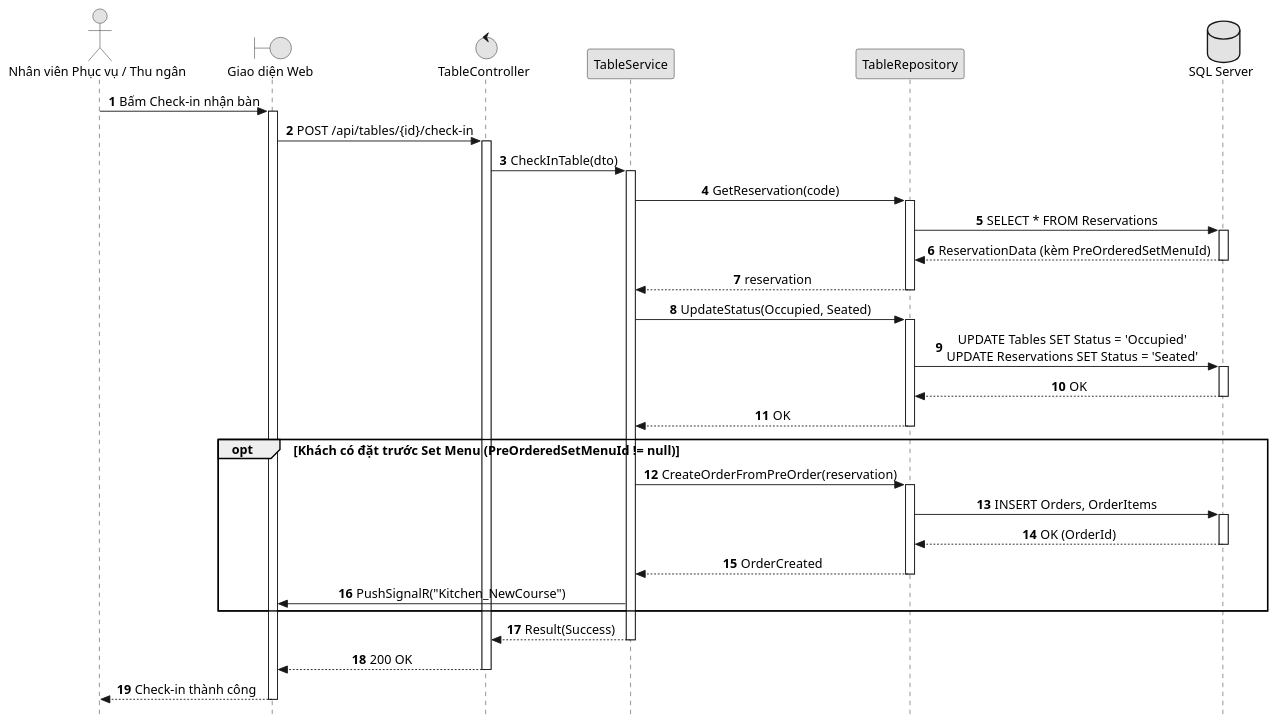
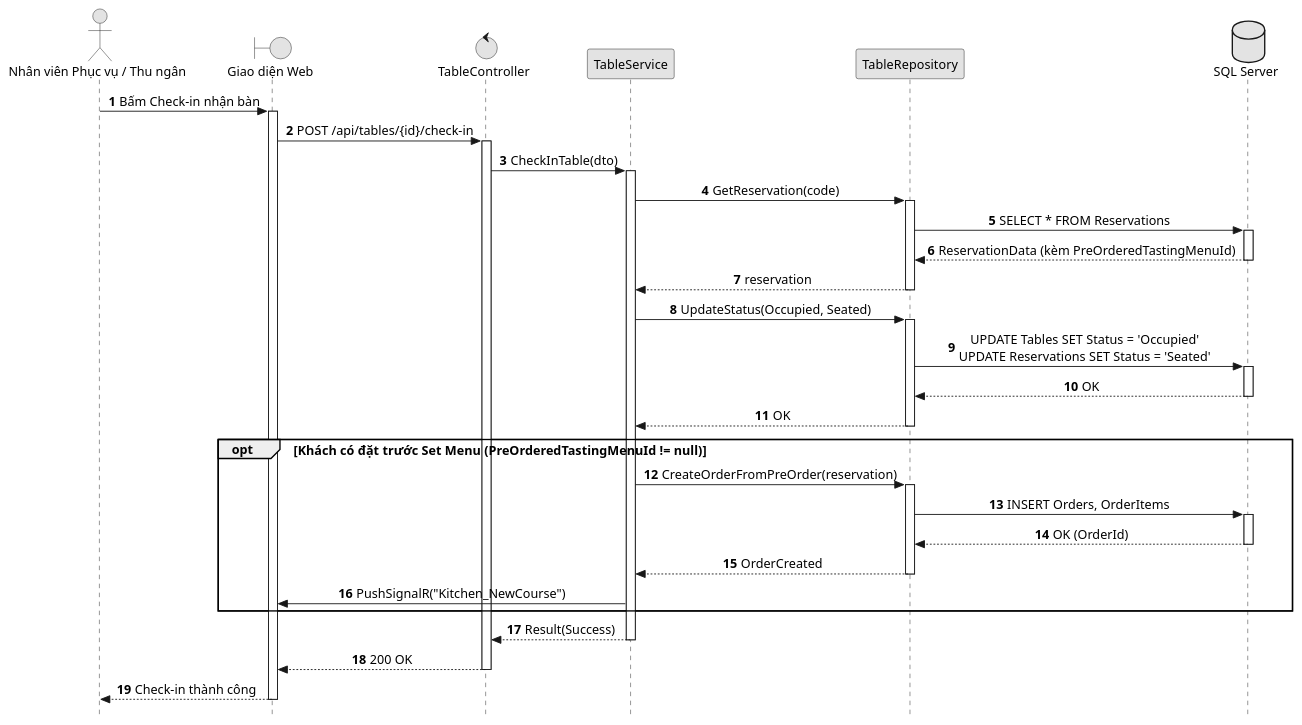
Before and after one commit to AndrewQng/VinDining: the diagram in docs/Diagram/puml/sequences/SD_UC_E6_1_CheckIn_Reservation.puml, drawn with PlantUML. The commit also changed 2 other files, not shown here.

Commit message:
docs: rename PreOrderedSetMenuId to PreOrderedTastingMenuId in sequence diagrams and open questions

```diff
--- a/docs/Diagram/puml/sequences/SD_UC_E6_1_CheckIn_Reservation.puml
+++ b/docs/Diagram/puml/sequences/SD_UC_E6_1_CheckIn_Reservation.puml
@@ -1,71 +1,71 @@
 @startuml SD_UC_E6_1_CheckIn_Reservation
 autonumber
 skinparam style strictuml
 skinparam monochrome true
 skinparam shadowing false
 skinparam sequenceMessageAlign center
 skinparam responseMessageBelowArrow true
 skinparam defaultFontName "Segoe UI", Arial, sans-serif
 skinparam defaultFontSize 14
 
 actor "Nhân viên Phục vụ / Thu ngân" as Staff
 boundary "Giao diện Web" as UI
 control "TableController" as Controller
 participant "TableService" as Service
 participant "TableRepository" as Repo
 database "SQL Server" as DB
 
 Staff -> UI: Bấm Check-in nhận bàn
 activate UI
 
 UI -> Controller: POST /api/tables/{id}/check-in
 activate Controller
 
 Controller -> Service: CheckInTable(dto)
 activate Service
 
 Service -> Repo: GetReservation(code)
 activate Repo
 
 Repo -> DB: SELECT * FROM Reservations
 activate DB
-DB --> Repo: ReservationData (kèm PreOrderedSetMenuId)
+DB --> Repo: ReservationData (kèm PreOrderedTastingMenuId)
 deactivate DB
 
 Repo --> Service: reservation
 deactivate Repo
 
 Service -> Repo: UpdateStatus(Occupied, Seated)
 activate Repo
 
 Repo -> DB: UPDATE Tables SET Status = 'Occupied'\nUPDATE Reservations SET Status = 'Seated'
 activate DB
 DB --> Repo: OK
 deactivate DB
 
 Repo --> Service: OK
 deactivate Repo
 
-opt Khách có đặt trước Set Menu (PreOrderedSetMenuId != null)
+opt Khách có đặt trước Set Menu (PreOrderedTastingMenuId != null)
     Service -> Repo: CreateOrderFromPreOrder(reservation)
     activate Repo
     Repo -> DB: INSERT Orders, OrderItems 
     activate DB
     DB --> Repo: OK (OrderId)
     deactivate DB
     Repo --> Service: OrderCreated
     deactivate Repo
 
     Service -> UI: PushSignalR("Kitchen_NewCourse")
 end
 
 Service --> Controller: Result(Success)
 deactivate Service
 
 Controller --> UI: 200 OK
 deactivate Controller
 
 UI --> Staff: Check-in thành công
 deactivate UI
 
 @enduml
```
